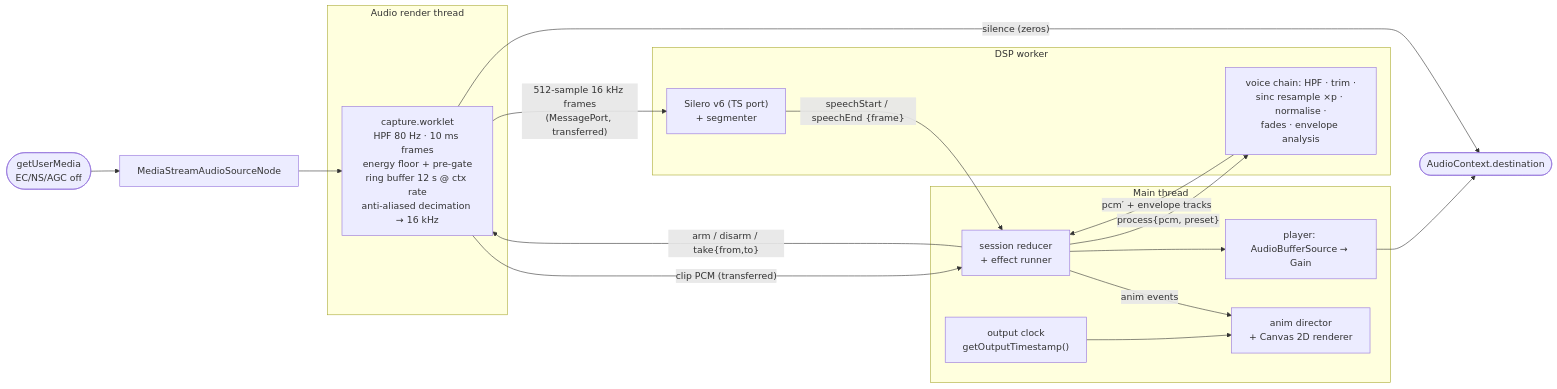
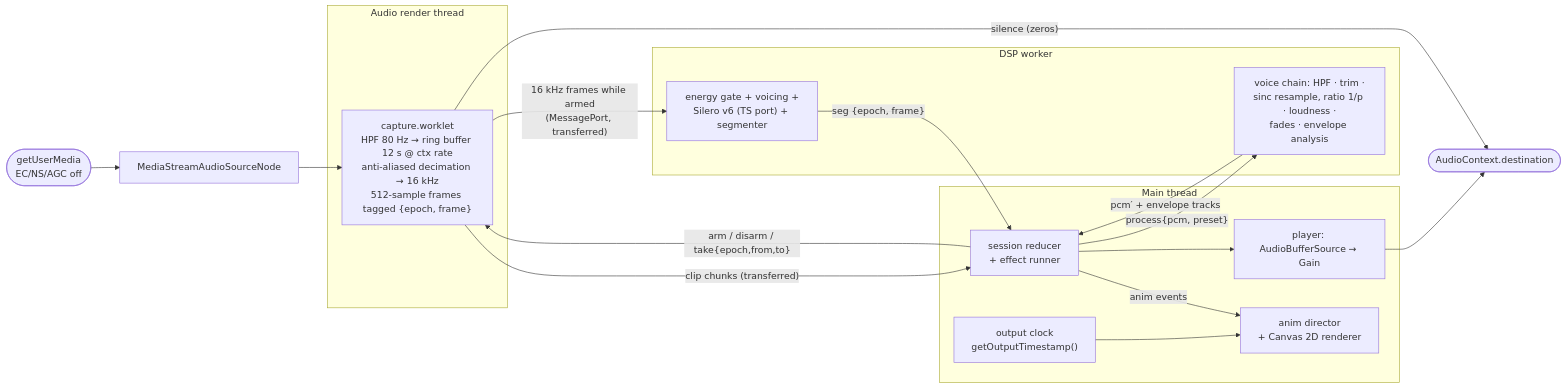
Before and after one commit to chethan123/talking-bear: the first of 3 diagrams in docs/plan.md, drawn with Mermaid. The commit also changed other lines of this file, not shown here.

````diff
--- a/docs/plan.md
+++ b/docs/plan.md
@@ -127,28 +143,28 @@
 ```mermaid
 flowchart LR
   mic(["getUserMedia<br/>EC/NS/AGC off"]) --> src["MediaStreamAudioSourceNode"]
   subgraph RT["Audio render thread"]
-    cap["capture.worklet<br/>HPF 80 Hz · 10 ms frames<br/>energy floor + pre-gate<br/>ring buffer 12 s @ ctx rate<br/>anti-aliased decimation → 16 kHz"]
+    cap["capture.worklet<br/>HPF 80 Hz → ring buffer 12 s @ ctx rate<br/>anti-aliased decimation → 16 kHz<br/>512-sample frames tagged {epoch, frame}"]
   end
   src --> cap
   subgraph W["DSP worker"]
-    vad["Silero v6 (TS port)<br/>+ segmenter"]
-    fx["voice chain: HPF · trim ·<br/>sinc resample ×p · normalise ·<br/>fades · envelope analysis"]
+    vad["energy gate + voicing +<br/>Silero v6 (TS port) + segmenter"]
+    fx["voice chain: HPF · trim ·<br/>sinc resample, ratio 1/p · loudness ·<br/>fades · envelope analysis"]
   end
   subgraph M["Main thread"]
     sess["session reducer<br/>+ effect runner"]
     player["player: AudioBufferSource → Gain"]
     clock["output clock<br/>getOutputTimestamp()"]
     anim["anim director<br/>+ Canvas 2D renderer"]
   end
-  cap -- "512-sample 16 kHz frames<br/>(MessagePort, transferred)" --> vad
-  vad -- "speechStart / speechEnd {frame}" --> sess
-  sess -- "arm / disarm / take{from,to}" --> cap
-  cap -- "clip PCM (transferred)" --> sess
+  cap -- "16 kHz frames while armed<br/>(MessagePort, transferred)" --> vad
+  vad -- "seg {epoch, frame}" --> sess
+  sess -- "arm / disarm / take{epoch,from,to}" --> cap
+  cap -- "clip chunks (transferred)" --> sess
   sess -- "process{pcm, preset}" --> fx
   fx -- "pcm′ + envelope tracks" --> sess
   sess --> player --> dest(["AudioContext.destination"])
   cap -- "silence (zeros)" --> dest
   clock --> anim
   sess -- "anim events" --> anim
 ```
````
